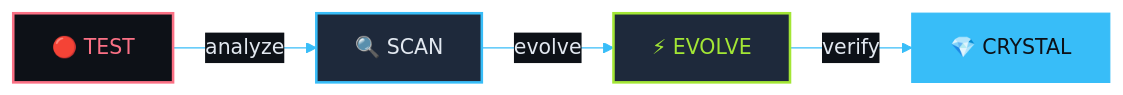
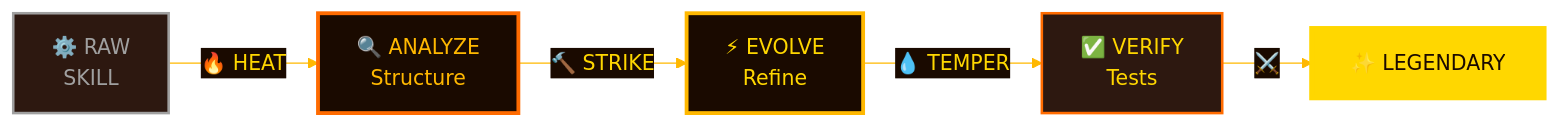
The first of 3 diagrams in README.md (quantsquirrel/claude-skill-forge), drawn with Mermaid before and after one commit. The commit also changed other lines of this file and 2 other files, not shown here.

````diff
--- a/README.md
+++ b/README.md
@@ -25,19 +29,21 @@
 ```mermaid
 %%{init: {'theme': 'base', 'themeVariables': {
-  'primaryColor': '#1E293B',
-  'primaryTextColor': '#E2E8F0',
-  'primaryBorderColor': '#38BDF8',
-  'lineColor': '#38BDF8',
-  'secondaryColor': '#0D1117',
-  'tertiaryColor': '#0D1117'
+  'primaryColor': '#2D1810',
+  'primaryTextColor': '#FFD700',
+  'primaryBorderColor': '#FF6B00',
+  'lineColor': '#FFB800',
+  'secondaryColor': '#1A0A00',
+  'tertiaryColor': '#1A0A00'
 }}}%%
 graph LR
-    A["🔴 TEST"] -->|analyze| B["🔍 SCAN"]
-    B -->|evolve| C["⚡ EVOLVE"]
-    C -->|verify| D["💎 CRYSTAL"]
+    A["⚙️ RAW<br/>SKILL"] -->|"🔥 HEAT"| B["🔍 ANALYZE<br/>Structure"]
+    B -->|"🔨 STRIKE"| C["⚡ EVOLVE<br/>Refine"]
+    C -->|"💧 TEMPER"| D["✅ VERIFY<br/>Tests"]
+    D -->|"⚔️"| E["✨ LEGENDARY"]
 
-    style A fill:#0D1117,stroke:#FB7185,stroke-width:2px,color:#FB7185
-    style B fill:#1E293B,stroke:#38BDF8,stroke-width:2px,color:#E2E8F0
-    style C fill:#1E293B,stroke:#A3E635,stroke-width:2px,color:#A3E635
-    style D fill:#38BDF8,stroke:#38BDF8,color:#0D1117
+    style A fill:#2D1810,stroke:#A0A0A0,stroke-width:2px,color:#A0A0A0
+    style B fill:#1A0A00,stroke:#FF6B00,stroke-width:3px,color:#FFB800
+    style C fill:#1A0A00,stroke:#FFB800,stroke-width:3px,color:#FFD700
+    style D fill:#2D1810,stroke:#FF6B00,stroke-width:2px,color:#FFD700
+    style E fill:#FFD700,stroke:#FFD700,color:#1A0A00,stroke-width:4px
 ```
````
